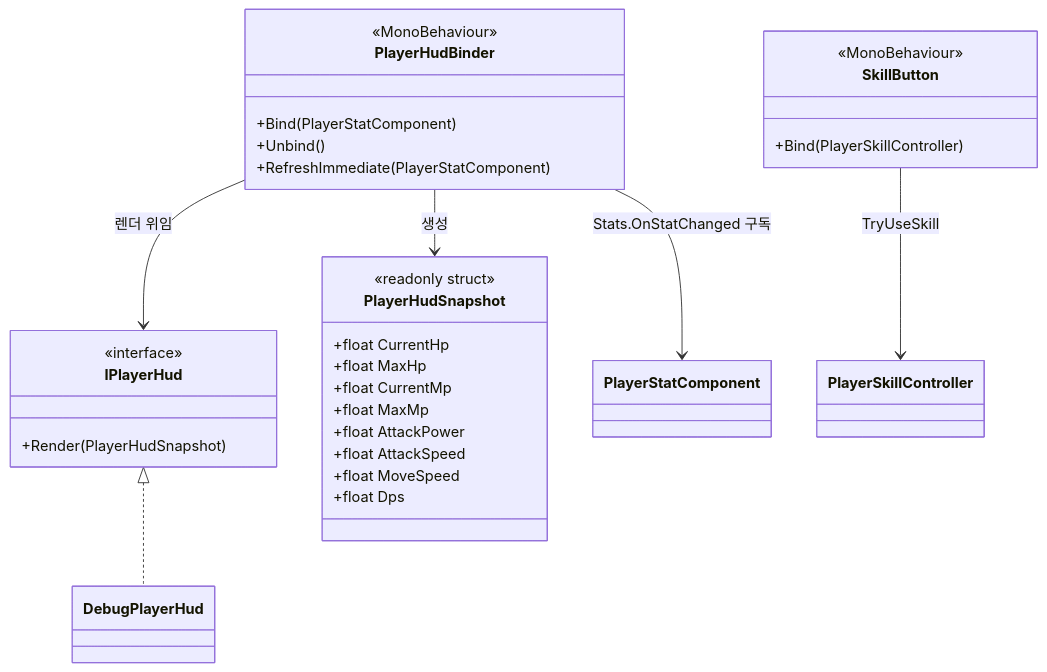
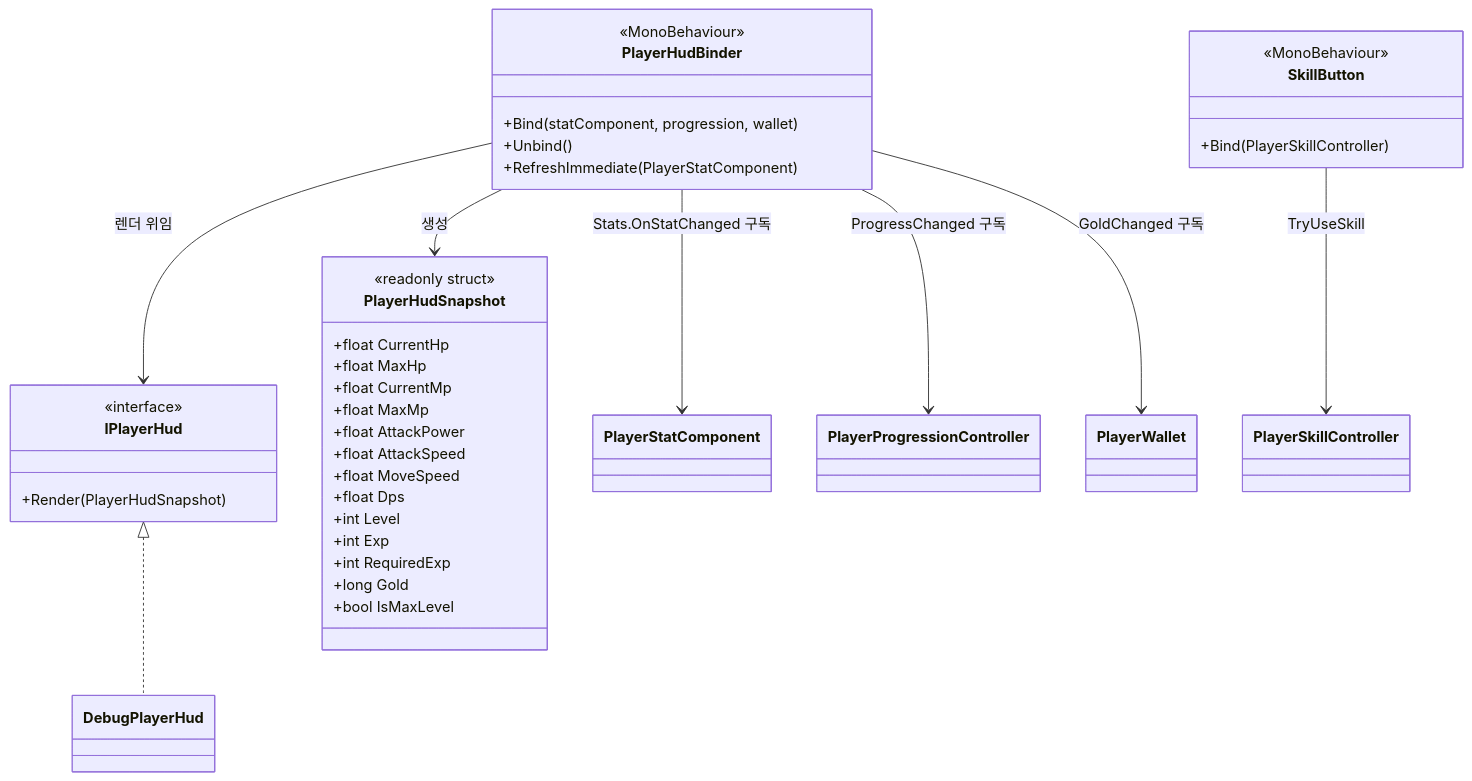
Before and after one commit to hanwoolhanwool/Idle-Game: the first of 3 diagrams in docs/specs/player/presentation.md, drawn with Mermaid. The commit also changed other lines of this file and 8 other files, not shown here.

````diff
--- a/docs/specs/player/presentation.md
+++ b/docs/specs/player/presentation.md
@@ -42,34 +42,41 @@
 ```mermaid
 classDiagram
     class IPlayerHud {
         <<interface>>
         +Render(PlayerHudSnapshot)
     }
     class PlayerHudSnapshot {
         <<readonly struct>>
         +float CurrentHp
         +float MaxHp
         +float CurrentMp
         +float MaxMp
         +float AttackPower
         +float AttackSpeed
         +float MoveSpeed
         +float Dps
+        +int Level
+        +int Exp
+        +int RequiredExp
+        +long Gold
+        +bool IsMaxLevel
     }
     class PlayerHudBinder {
         <<MonoBehaviour>>
-        +Bind(PlayerStatComponent)
+        +Bind(statComponent, progression, wallet)
         +Unbind()
         +RefreshImmediate(PlayerStatComponent)
     }
     class SkillButton {
         <<MonoBehaviour>>
         +Bind(PlayerSkillController)
     }
 
     IPlayerHud <|.. DebugPlayerHud
     PlayerHudBinder --> IPlayerHud : 렌더 위임
     PlayerHudBinder --> PlayerHudSnapshot : 생성
     PlayerHudBinder --> PlayerStatComponent : Stats.OnStatChanged 구독
+    PlayerHudBinder --> PlayerProgressionController : ProgressChanged 구독
+    PlayerHudBinder --> PlayerWallet : GoldChanged 구독
     SkillButton --> PlayerSkillController : TryUseSkill
 ```
````
